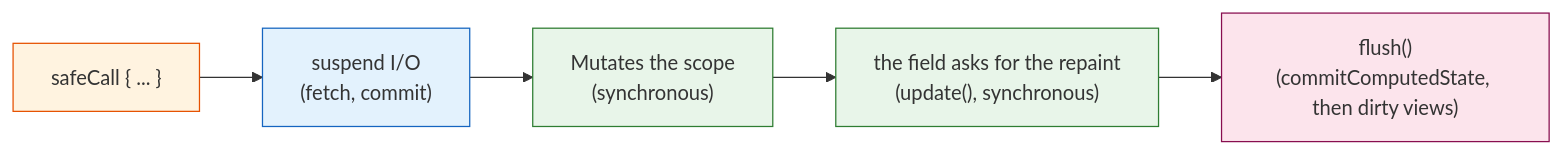
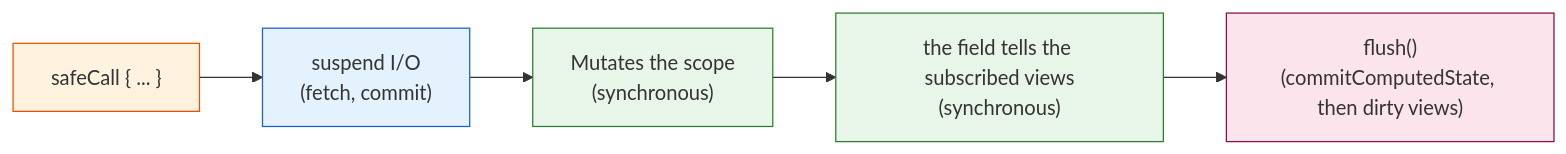
One commit to mrcdom/wdc-cube-kotlin changed diagram 17 of 19 in docs/architecture-cube.md. Above: the diagram before and after it, drawn with Mermaid. The commit also changed other lines of this file and 9 other files, not shown here.

````diff
--- a/docs/architecture-cube.md
+++ b/docs/architecture-cube.md
@@ -1105,13 +1100,13 @@
 ```mermaid
 flowchart LR
     A["safeCall { ... }"] --> B["suspend I/O\n(fetch, commit)"]
     B --> C["Mutates the scope\n(synchronous)"]
-    C --> D["the field asks for the repaint\n(update(), synchronous)"]
+    C --> D["the field tells the subscribed views\n(synchronous)"]
     D --> E["flush()\n(commitComputedState, then dirty views)"]
 
     style A fill:#fff3e0,stroke:#e65100
     style B fill:#e3f2fd,stroke:#1565c0
     style C fill:#e8f5e9,stroke:#2e7d32
     style D fill:#e8f5e9,stroke:#2e7d32
     style E fill:#fce4ec,stroke:#880e4f
 ```
````
